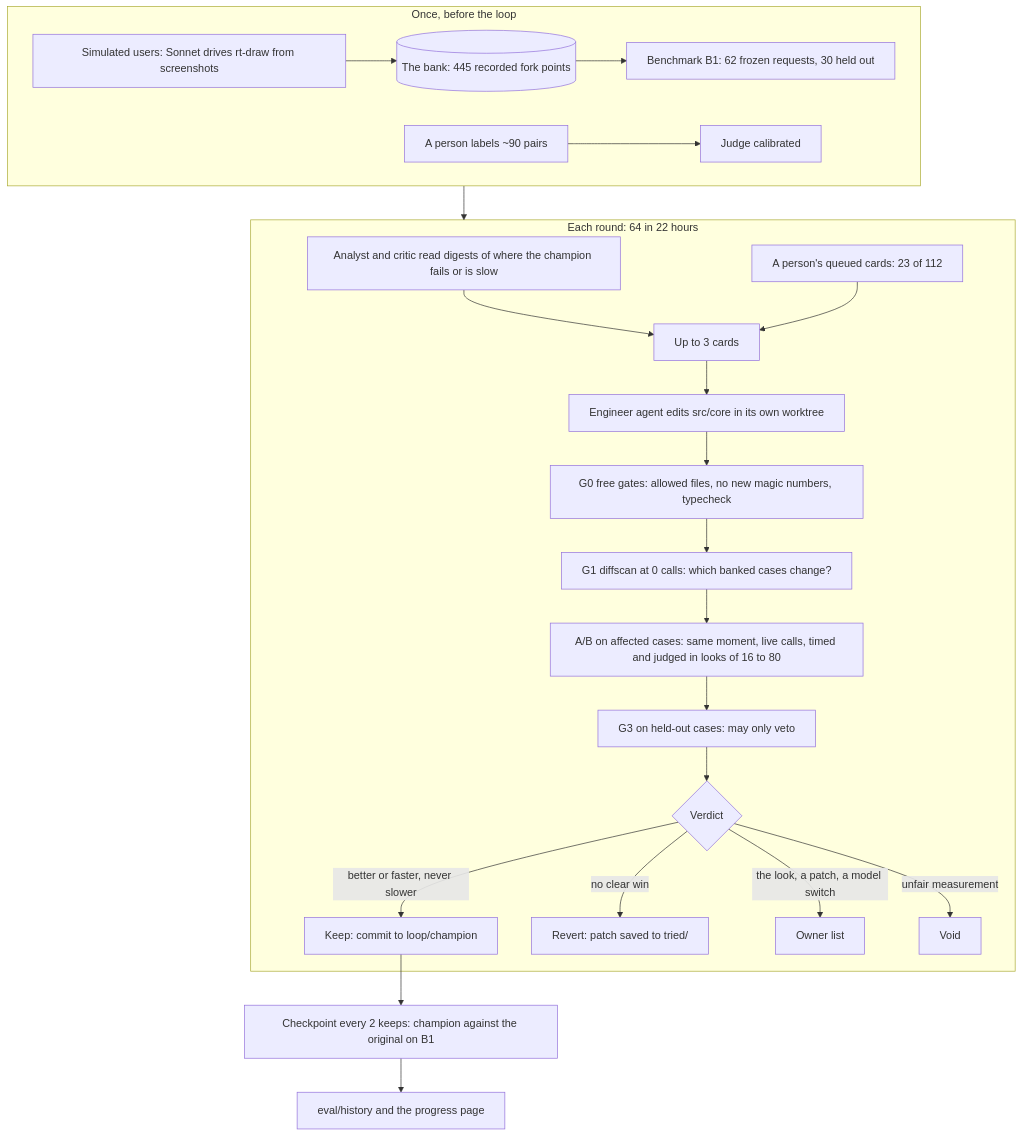
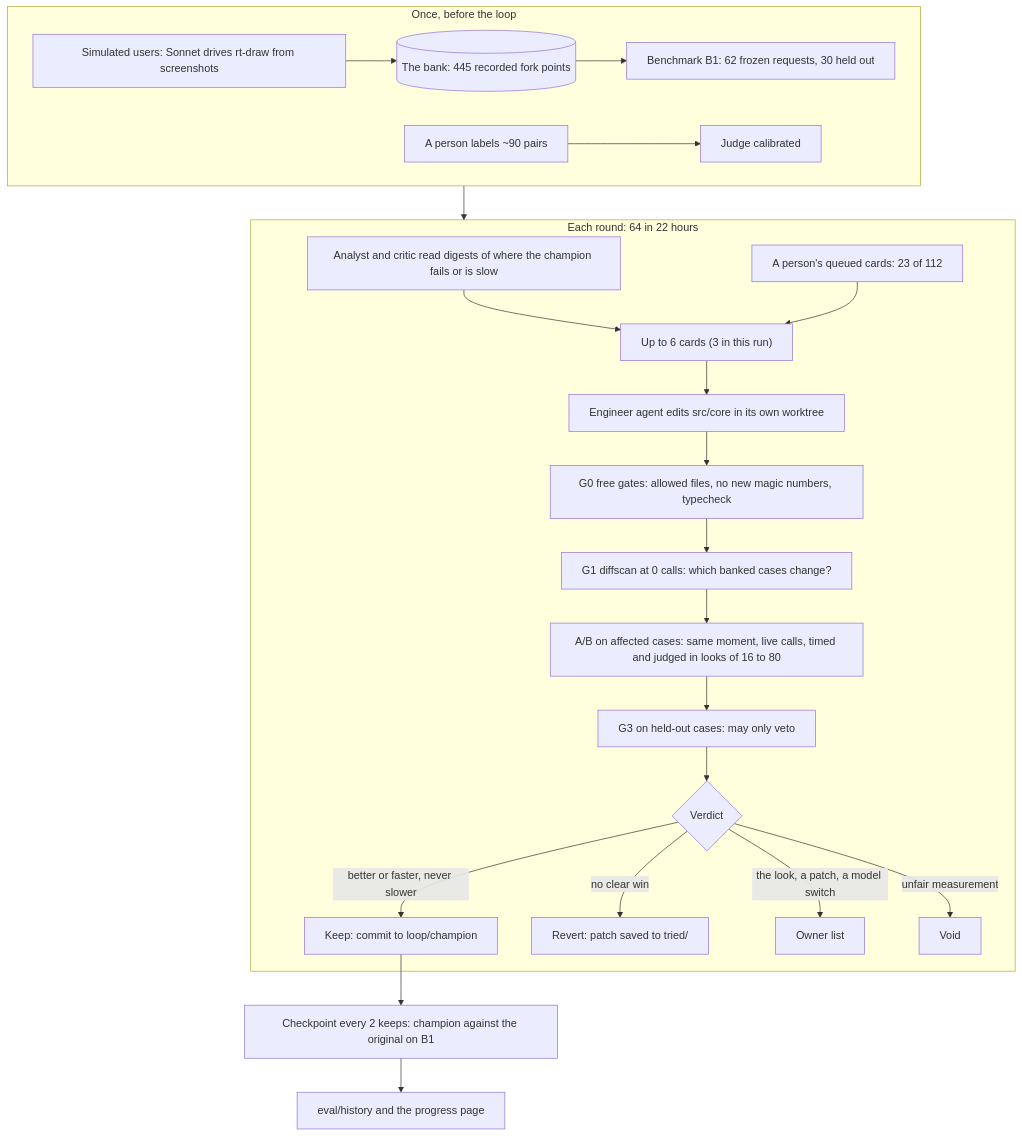
One commit to OmarSalimMoussa/rt-draw-v2 changed the diagram in evals/README.md. Above: the diagram before and after it, drawn with Mermaid. The commit also changed other lines of this file and 3 other files, not shown here.

````diff
--- a/evals/README.md
+++ b/evals/README.md
@@ -135,26 +139,26 @@
 ```mermaid
 %%{init: {"flowchart": {"wrappingWidth": 400}}}%%
 flowchart TD
   subgraph setup["Once, before the loop"]
     direction LR
     DR["Simulated users: Sonnet drives rt-draw from screenshots"] --> BANK[("The bank: 445 recorded fork points")] --> B1["Benchmark B1: 62 frozen requests, 30 held out"]
     LAB["A person labels ~90 pairs"] --> CAL["Judge calibrated"]
   end
   subgraph rounds["Each round: 64 in 22 hours"]
-    AN["Analyst and critic read digests of where the champion fails or is slow"] --> CARDS["Up to 3 cards"]
+    AN["Analyst and critic read digests of where the champion fails or is slow"] --> CARDS["Up to 6 cards (3 in this run)"]
     PQ["A person's queued cards: 23 of 112"] --> CARDS
     CARDS --> ENG["Engineer agent edits src/core in its own worktree"]
     ENG --> G0["G0 free gates: allowed files, no new magic numbers, typecheck"]
     G0 --> G1["G1 diffscan at 0 calls: which banked cases change?"]
     G1 --> AB["A/B on affected cases: same moment, live calls, timed and judged in looks of 16 to 80"]
     AB --> G3["G3 on held-out cases: may only veto"]
     G3 --> V{"Verdict"}
     V -->|"better or faster, never slower"| KEEP["Keep: commit to loop/champion"]
     V -->|"no clear win"| REV["Revert: patch saved to tried/"]
     V -->|"the look, a patch, a model switch"| OWN["Owner list"]
     V -->|"unfair measurement"| VOID["Void"]
   end
   setup --> rounds
   KEEP --> CK["Checkpoint every 2 keeps: champion against the original on B1"]
   CK --> PG["eval/history and the progress page"]
 ```
````
